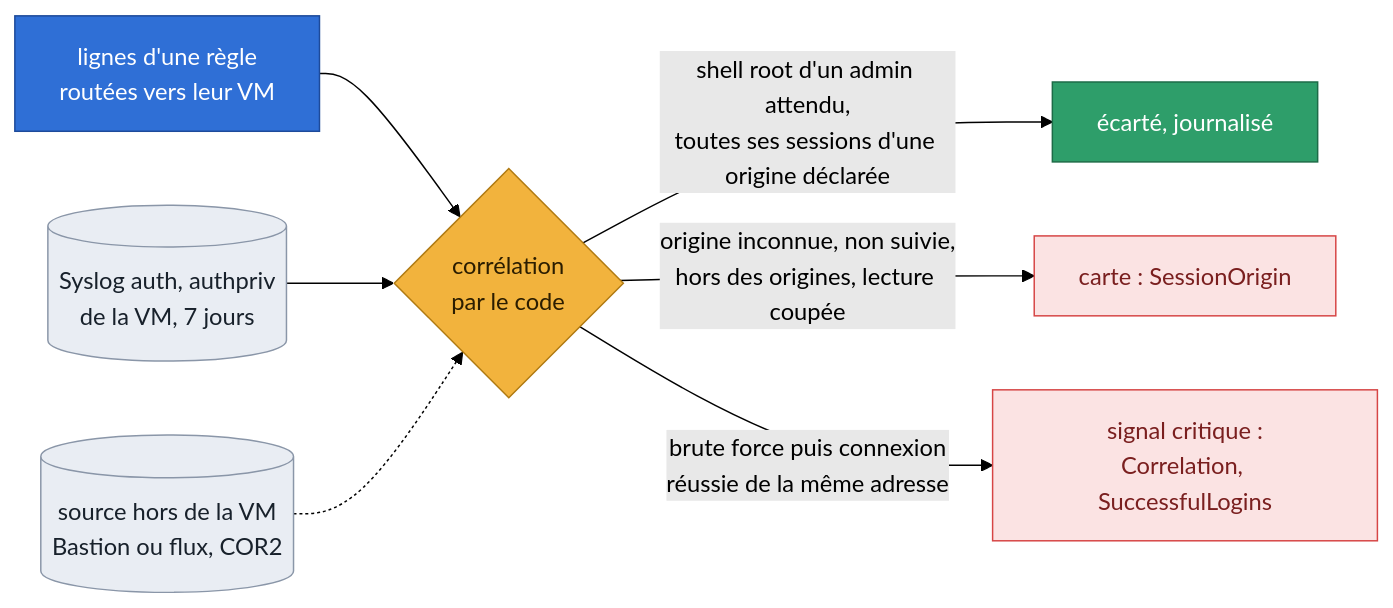
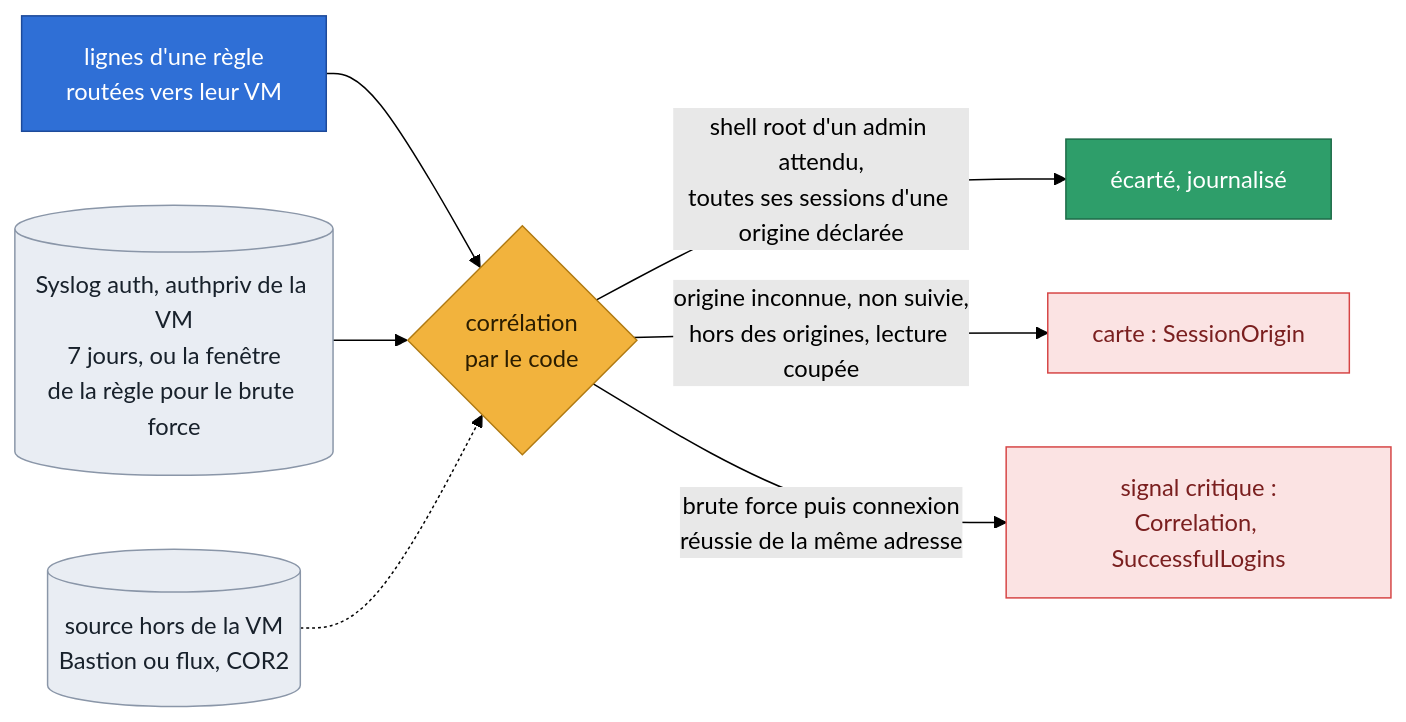
Before and after one commit to grootcyber/eregion: the third of 8 diagrams in docs/architecture.md, drawn with Mermaid (forest theme). The commit also changed other lines of this file and 2 other files, not shown here.

First line of the commit message:
docs(securite): #638 pour les lectures Graph, la corrélation vers le prompt, l'architecture corrigée (SEC-D, relecture 1, Partie de #636)

````diff
--- a/docs/architecture.md
+++ b/docs/architecture.md
@@ -131,19 +134,19 @@
 ```mermaid
 flowchart LR
     R["lignes d'une règle<br/>routées vers leur VM"] --> C{"corrélation<br/>par le code"}
-    SY[("Syslog auth, authpriv<br/>de la VM, 7 jours")] --> C
+    SY[("Syslog auth, authpriv de la VM<br/>7 jours, ou la fenêtre<br/>de la règle pour le brute force")] --> C
     SRC[("source hors de la VM<br/>Bastion ou flux, COR2")] -.-> C
     C -->|"shell root d'un admin attendu,<br/>toutes ses sessions d'une origine déclarée"| OK["écarté, journalisé"]
     C -->|"origine inconnue, non suivie,<br/>hors des origines, lecture coupée"| CARD["carte : SessionOrigin"]
     C -->|"brute force puis connexion<br/>réussie de la même adresse"| CRIT["signal critique :<br/>Correlation, SuccessfulLogins"]
     classDef blue fill:#2f6fd6,stroke:#1d4a9a,color:#ffffff
     classDef guard fill:#f2b33d,stroke:#b07a12,color:#2b1d00
     classDef warn fill:#fbe3e3,stroke:#d64545,color:#7a1f1f
     classDef human fill:#2e9e6a,stroke:#1d6b47,color:#ffffff
     classDef data fill:#e9edf3,stroke:#8a96a8,color:#18212b
     class R blue
     class C guard
     class CARD,CRIT warn
     class OK human
     class SY,SRC data
 ```
````
